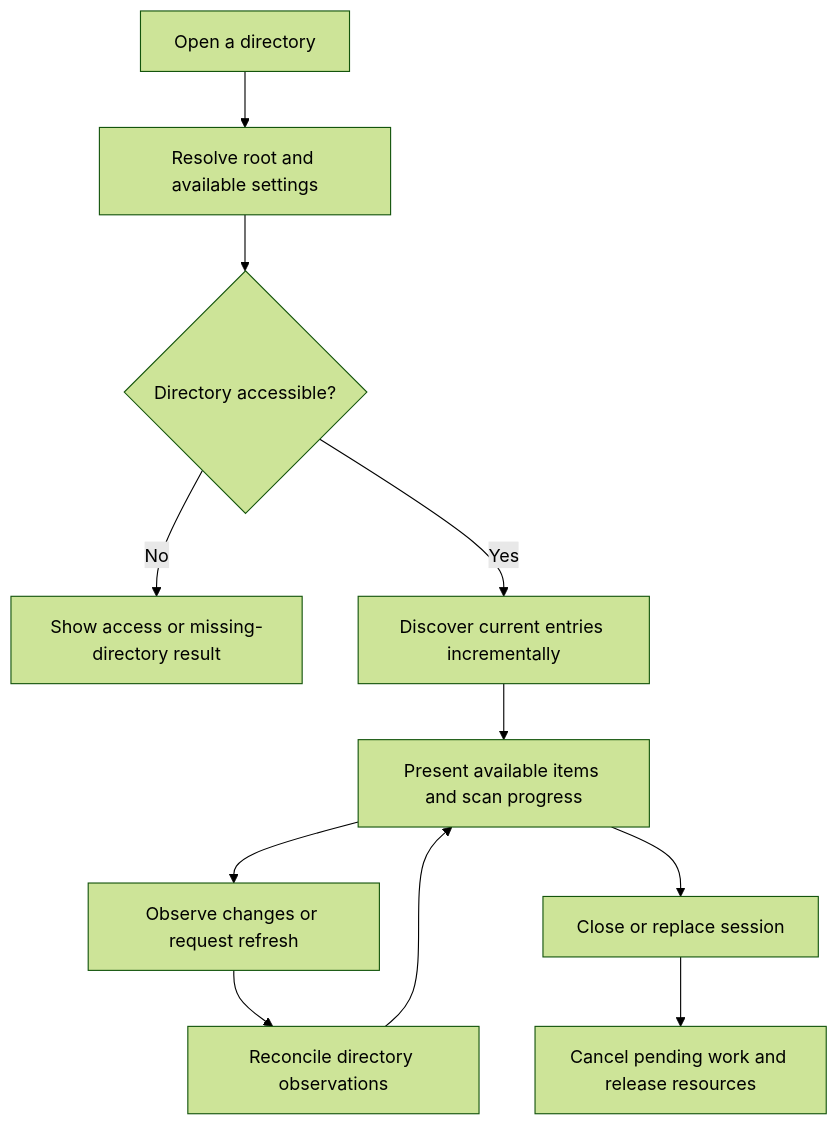
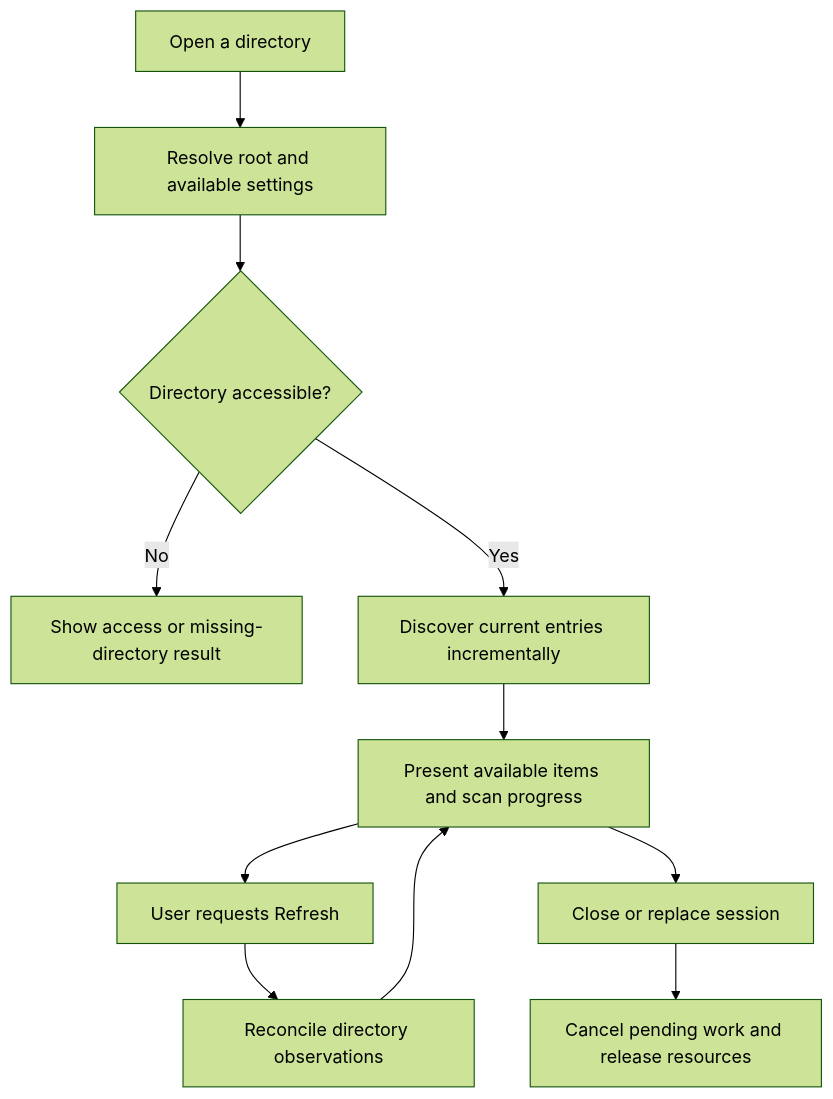
The diagram in docs/v0.0.0/gallery-lifecycle.md (shruggietech/local-media-gallery), drawn with Mermaid (forest theme) before and after one commit. The commit also changed other lines of this file and 46 other files, not shown here.

````diff
--- a/docs/v0.0.0/gallery-lifecycle.md
+++ b/docs/v0.0.0/gallery-lifecycle.md
@@ -13,13 +13,13 @@
 ```mermaid
 flowchart TB
   Open[Open a directory] --> Root[Resolve root and available settings]
   Root --> Access{Directory accessible?}
   Access -->|No| Explain[Show access or missing-directory result]
   Access -->|Yes| Scan[Discover current entries incrementally]
   Scan --> Present[Present available items and scan progress]
-  Present --> Change[Observe changes or request refresh]
+  Present --> Change[User requests Refresh]
   Change --> Reconcile[Reconcile directory observations]
   Reconcile --> Present
   Present --> Close[Close or replace session]
   Close --> Release[Cancel pending work and release resources]
 ```
````
